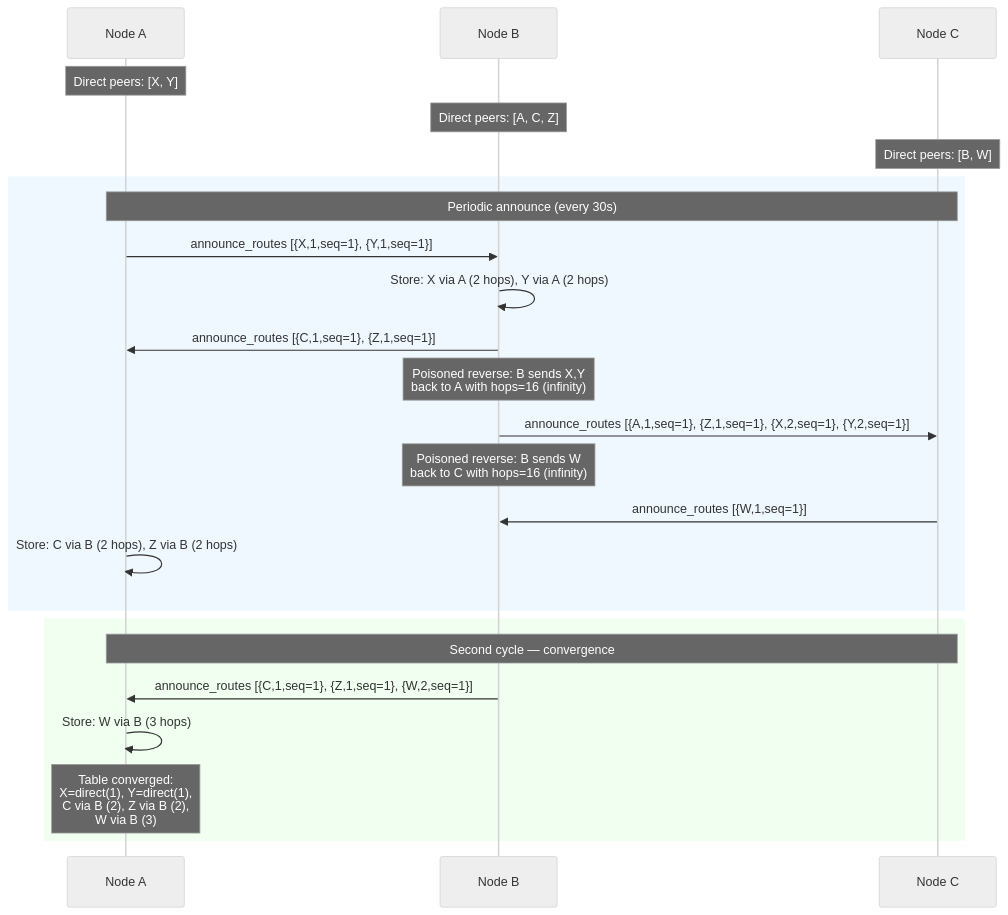
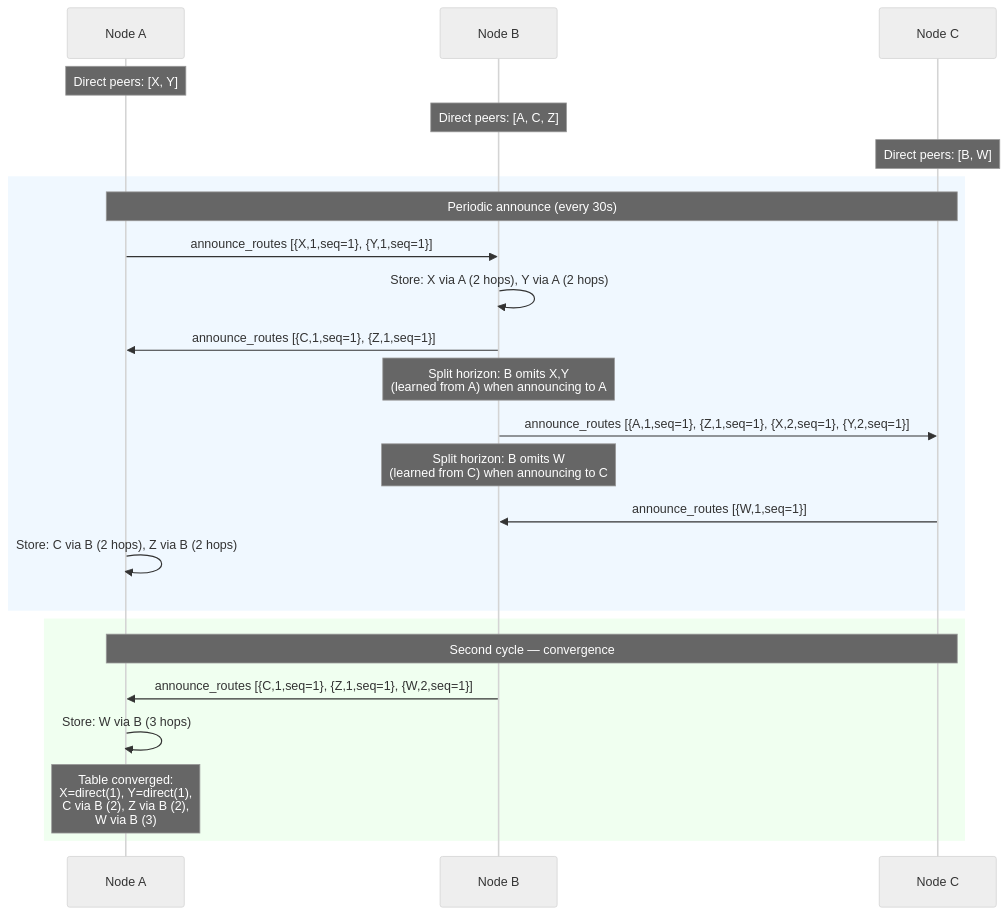
One commit to piratecash/corsa changed the fourth of 40 diagrams in docs/roadmap.md. Above: the diagram before and after it, drawn with Mermaid (neutral theme). The commit also changed other lines of this file and 2 other files, not shown here.

Commit message:
docs(roadmap): harden routing model — fix NAT classification, group crypto, onion key distribution, LAN privacy

````diff
--- a/docs/roadmap.md
+++ b/docs/roadmap.md
@@ -392,29 +571,29 @@
 ```mermaid
 sequenceDiagram
     participant A as Node A
     participant B as Node B
     participant C as Node C
 
     Note over A: Direct peers: [X, Y]
     Note over B: Direct peers: [A, C, Z]
     Note over C: Direct peers: [B, W]
 
     rect rgb(240, 248, 255)
         Note over A,C: Periodic announce (every 30s)
         A->>B: announce_routes [{X,1,seq=1}, {Y,1,seq=1}]
         B->>B: Store: X via A (2 hops), Y via A (2 hops)
         B->>A: announce_routes [{C,1,seq=1}, {Z,1,seq=1}]
-        Note over B: Poisoned reverse: B sends X,Y<br/>back to A with hops=16 (infinity)
+        Note over B: Split horizon: B omits X,Y<br/>(learned from A) when announcing to A
         B->>C: announce_routes [{A,1,seq=1}, {Z,1,seq=1}, {X,2,seq=1}, {Y,2,seq=1}]
-        Note over B: Poisoned reverse: B sends W<br/>back to C with hops=16 (infinity)
+        Note over B: Split horizon: B omits W<br/>(learned from C) when announcing to C
         C->>B: announce_routes [{W,1,seq=1}]
         A->>A: Store: C via B (2 hops), Z via B (2 hops)
     end
 
     rect rgb(240, 255, 240)
         Note over A,C: Second cycle — convergence
         B->>A: announce_routes [{C,1,seq=1}, {Z,1,seq=1}, {W,2,seq=1}]
         A->>A: Store: W via B (3 hops)
         Note over A: Table converged:<br/>X=direct(1), Y=direct(1),<br/>C via B (2), Z via B (2),<br/>W via B (3)
     end
 ```
````
